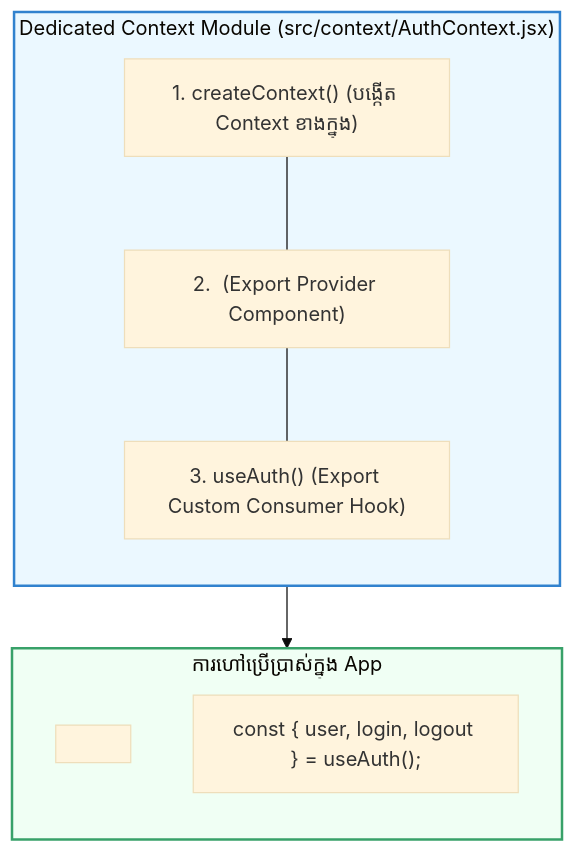
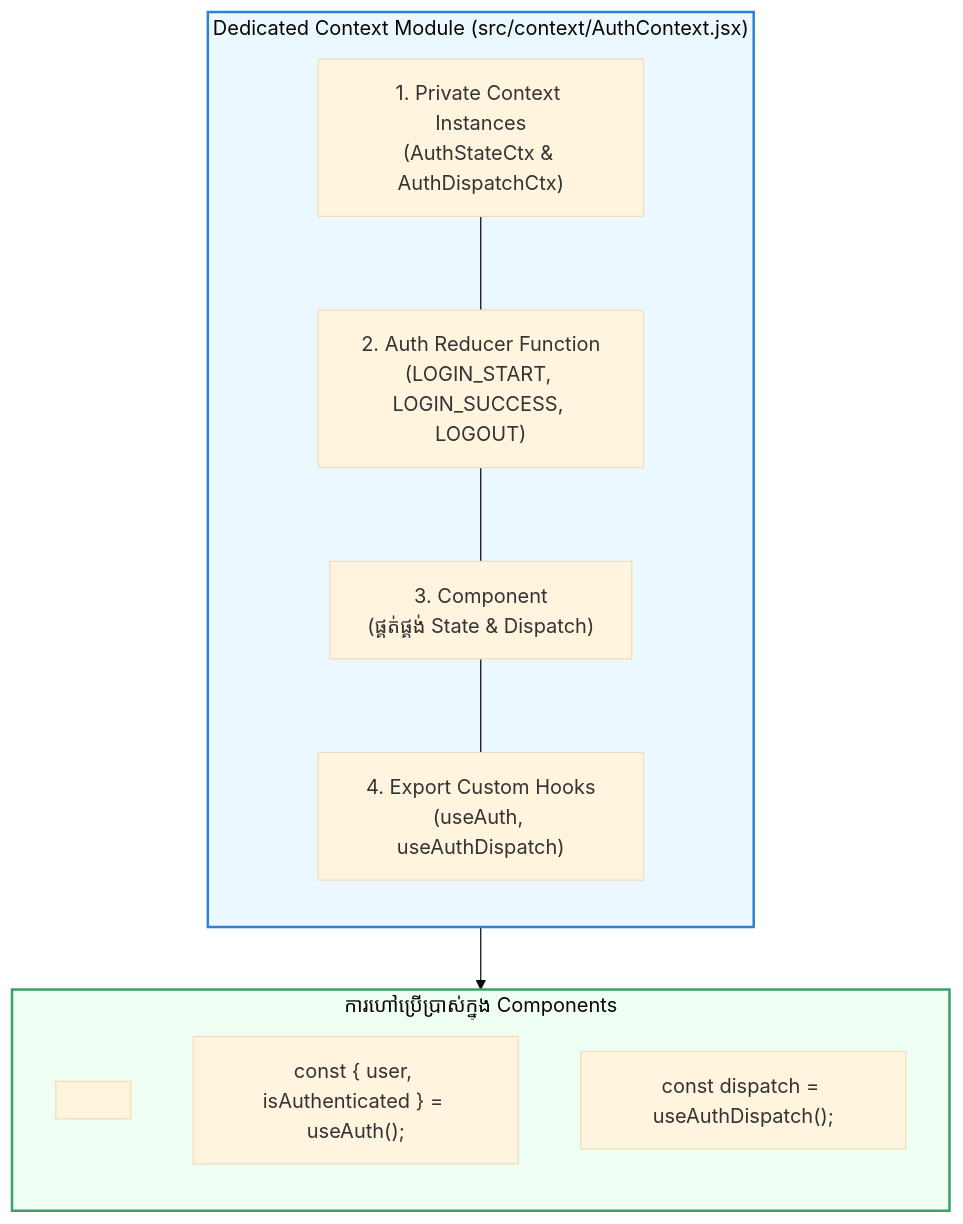
Before and after one commit to Ari-ICU/full-stack-short-coures: the diagram in src/courses/react/module-7-global-state/04-custom-context-providers.mdx, drawn with Mermaid (base theme). The commit also changed other lines of this file and 4 other files, not shown here.

````diff
--- a/src/courses/react/module-7-global-state/04-custom-context-providers.mdx
+++ b/src/courses/react/module-7-global-state/04-custom-context-providers.mdx
@@ -25,21 +54,23 @@
 ```mermaid
 flowchart TD
     subgraph ContextModule["Dedicated Context Module (src/context/AuthContext.jsx)"]
         direction TB
-        Ctx["1. createContext() (បង្កើត Context ខាងក្នុង)"]
-        Prov["2. <AuthProvider> (Export Provider Component)"]
-        Hook["3. useAuth() (Export Custom Consumer Hook)"]
-        Ctx --- Prov --- Hook
+        Ctx["1. Private Context Instances<br/>(AuthStateCtx & AuthDispatchCtx)"]
+        Reducer["2. Auth Reducer Function<br/>(LOGIN_START, LOGIN_SUCCESS, LOGOUT)"]
+        Prov["3. <AuthProvider> Component<br/>(ផ្គត់ផ្គង់ State & Dispatch)"]
+        Hooks["4. Export Custom Hooks<br/>(useAuth, useAuthDispatch)"]
+        Ctx --- Reducer --- Prov --- Hooks
     end
 
-    subgraph CleanApp["ការហៅប្រើប្រាស់ក្នុង App"]
+    subgraph CleanConsumers["ការហៅប្រើប្រាស់ក្នុង Components"]
         direction TB
         AppWrap["<AuthProvider><App /></AuthProvider>"]
-        NavComp["const { user, login, logout } = useAuth();"]
+        NavComp["const { user, isAuthenticated } = useAuth();"]
+        BtnComp["const dispatch = useAuthDispatch();"]
     end
 
-    ContextModule --> CleanApp
+    ContextModule --> CleanConsumers
 
     style ContextModule fill:#ebf8ff,stroke:#3182ce,stroke-width:2px
-    style CleanApp fill:#f0fff4,stroke:#38a169,stroke-width:2px
+    style CleanConsumers fill:#f0fff4,stroke:#38a169,stroke-width:2px
 ```
````
